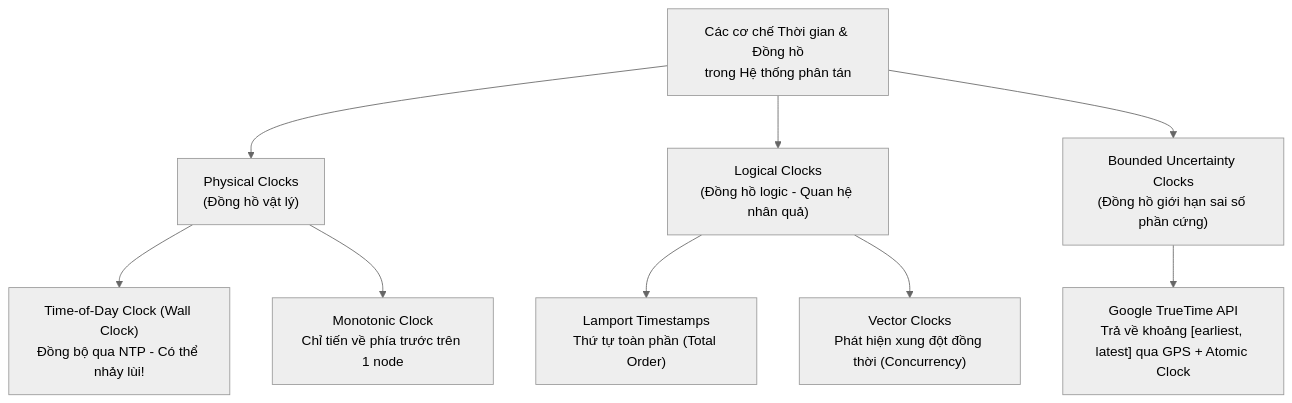
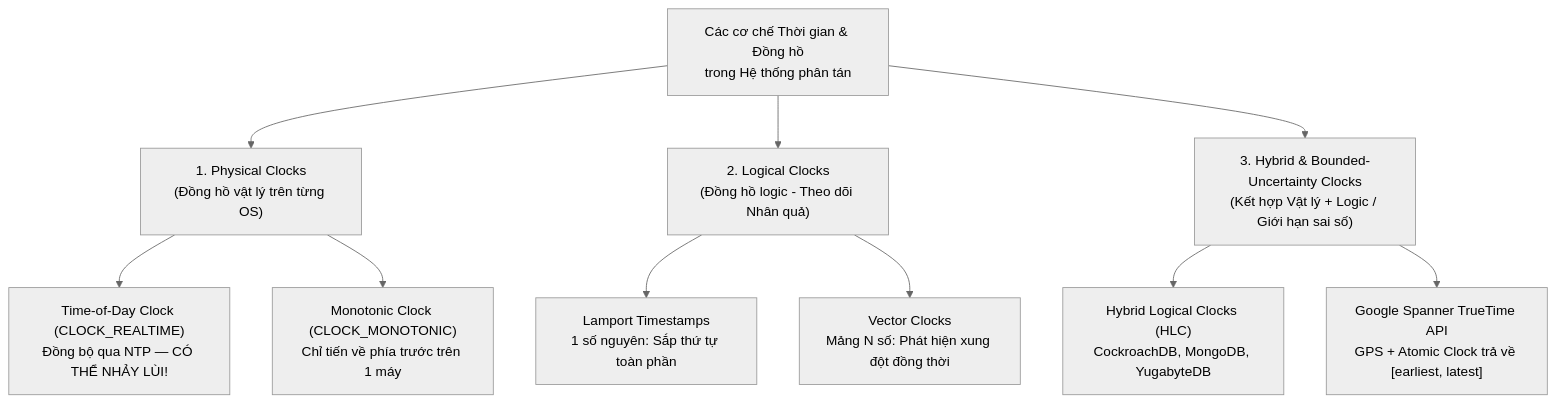
The third of 3 diagrams in docs/Database-Internals-Notes/database-internals-chapter8.vi.md (namaewanam/namaewanam.github.io), drawn with Mermaid (neutral theme) before and after one commit. The commit also changed other lines of this file and 29 other files, not shown here.

````diff
--- a/docs/Database-Internals-Notes/database-internals-chapter8.vi.md
+++ b/docs/Database-Internals-Notes/database-internals-chapter8.vi.md
@@ -106,14 +310,15 @@
 ```mermaid
 flowchart TD
-    Clocks["Các cơ chế Thời gian & Đồng hồ<br/>trong Hệ thống phân tán"] --> Physical["Physical Clocks<br/>(Đồng hồ vật lý)"]
-    Clocks --> Logical["Logical Clocks<br/>(Đồng hồ logic - Quan hệ nhân quả)"]
-    Clocks --> Bounded["Bounded Uncertainty Clocks<br/>(Đồng hồ giới hạn sai số phần cứng)"]
+    Clocks["Các cơ chế Thời gian & Đồng hồ<br/>trong Hệ thống phân tán"] --> Physical["1. Physical Clocks<br/>(Đồng hồ vật lý trên từng OS)"]
+    Clocks --> Logical["2. Logical Clocks<br/>(Đồng hồ logic - Theo dõi Nhân quả)"]
+    Clocks --> HybridBounded["3. Hybrid & Bounded-Uncertainty Clocks<br/>(Kết hợp Vật lý + Logic / Giới hạn sai số)"]
 
-    Physical --> Wall["Time-of-Day Clock (Wall Clock)<br/>Đồng bộ qua NTP - Có thể nhảy lùi!"]
-    Physical --> Mono["Monotonic Clock<br/>Chỉ tiến về phía trước trên 1 node"]
+    Physical --> Wall["Time-of-Day Clock (CLOCK_REALTIME)<br/>Đồng bộ qua NTP — CÓ THỂ NHẢY LÙI!"]
+    Physical --> Mono["Monotonic Clock (CLOCK_MONOTONIC)<br/>Chỉ tiến về phía trước trên 1 máy"]
 
-    Logical --> Lamport["Lamport Timestamps<br/>Thứ tự toàn phần (Total Order)"]
-    Logical --> Vector["Vector Clocks<br/>Phát hiện xung đột đồng thời (Concurrency)"]
+    Logical --> Lamport["Lamport Timestamps<br/>1 số nguyên: Sắp thứ tự toàn phần"]
+    Logical --> Vector["Vector Clocks<br/>Mảng N số: Phát hiện xung đột đồng thời"]
 
-    Bounded --> TrueTime["Google TrueTime API<br/>Trả về khoảng [earliest, latest] qua GPS + Atomic Clock"]
+    HybridBounded --> HLC["Hybrid Logical Clocks (HLC)<br/>CockroachDB, MongoDB, YugabyteDB"]
+    HybridBounded --> TrueTime["Google Spanner TrueTime API<br/>GPS + Atomic Clock trả về [earliest, latest]"]
 ```
````
